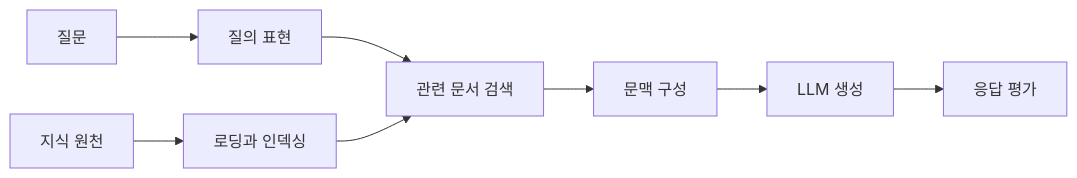
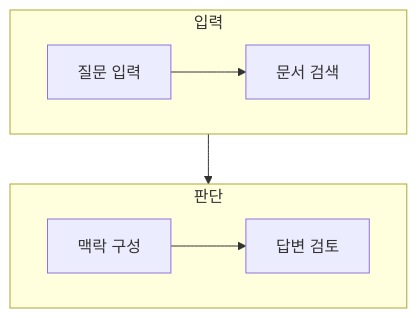
Before and after one commit to umyunsang/edu: the diagram in ComputerScience/03_ai-ml-data/large-language-models/notes/RAG LangChain 04. RAG의 원리와 파이프라인.md, drawn with Mermaid. The commit also changed other lines of this file and 12 other files, not shown here.

````diff
--- a/ComputerScience/03_ai-ml-data/large-language-models/notes/RAG LangChain 04. RAG의 원리와 파이프라인.md
+++ b/ComputerScience/03_ai-ml-data/large-language-models/notes/RAG LangChain 04. RAG의 원리와 파이프라인.md
@@ -21,10 +24,12 @@
 ```mermaid
-flowchart LR
-  A["질문"] --> B["질의 표현"]
-  B --> C["관련 문서 검색"]
-  C --> D["문맥 구성"]
-  D --> E["LLM 생성"]
-  E --> F["응답 평가"]
-  G["지식 원천"] --> H["로딩과 인덱싱"]
-  H --> C
+flowchart TB
+    subgraph Input[입력]
+        direction LR
+        A[질문 입력] --> B[문서 검색]
+    end
+    subgraph Decision[판단]
+        direction LR
+        C[맥락 구성] --> D[답변 검토]
+    end
+    B --> C
 ```
````
